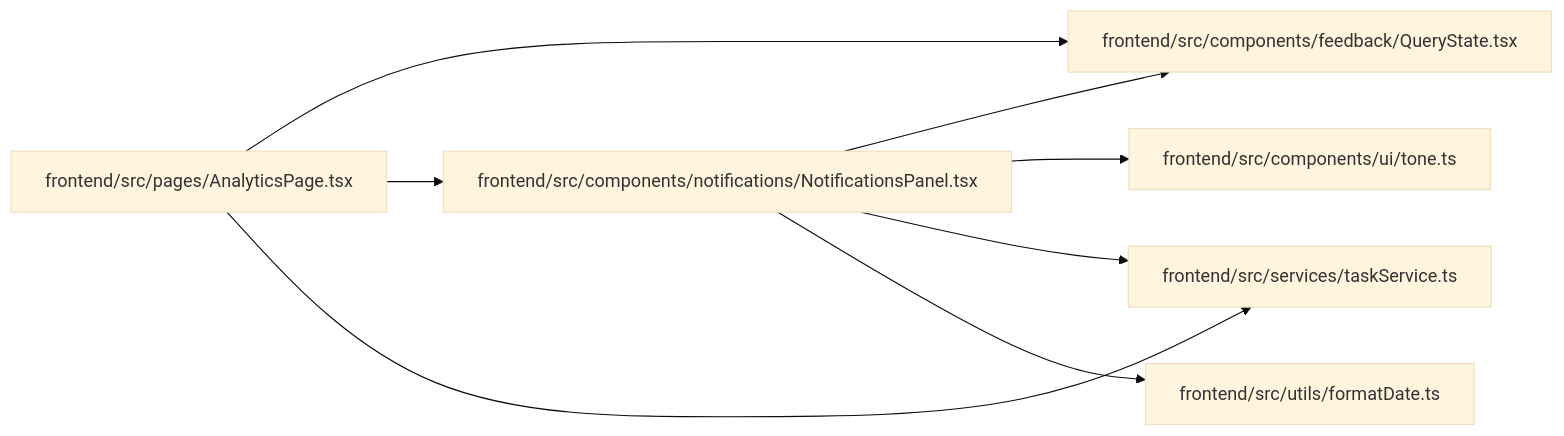
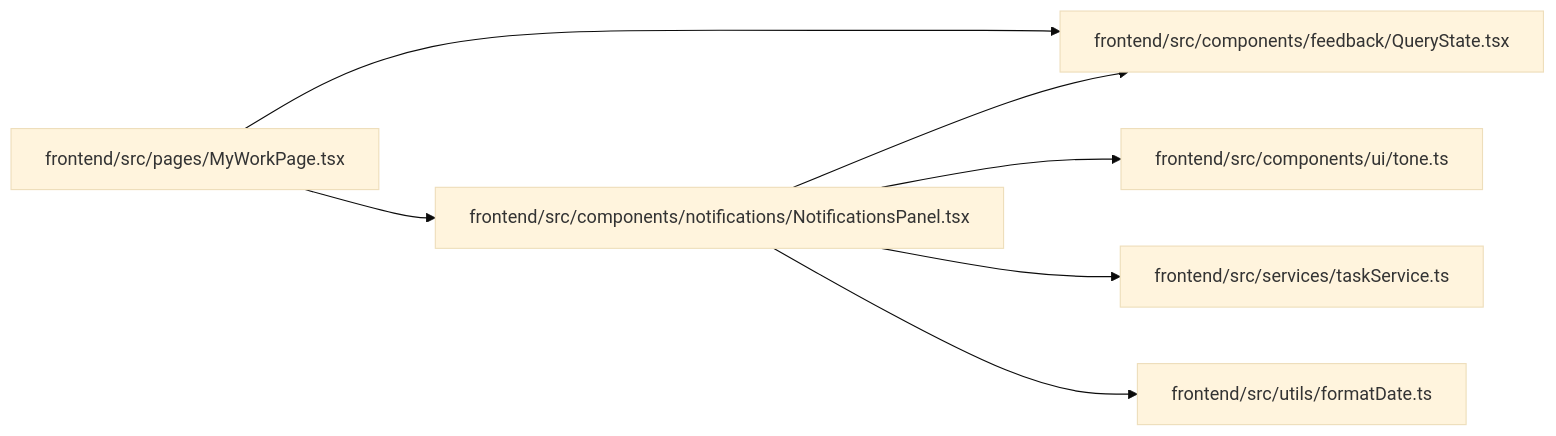
One commit to Denissvgn/WorkChord changed the diagram in docs/llm_wiki/modules/NotificationsPanel.md. Above: the diagram before and after it, drawn with Mermaid (base theme). The commit also changed other lines of this file and 392 other files, not shown here.

````diff
--- a/docs/llm_wiki/modules/NotificationsPanel.md
+++ b/docs/llm_wiki/modules/NotificationsPanel.md
@@ -34,22 +34,21 @@
 ```mermaid
 flowchart LR
     n0["frontend/src/components/feedback/QueryState.tsx"]
     n1["frontend/src/components/notifications/NotificationsPanel.tsx"]
     n2["frontend/src/components/ui/tone.ts"]
-    n3["frontend/src/pages/AnalyticsPage.tsx"]
+    n3["frontend/src/pages/MyWorkPage.tsx"]
     n4["frontend/src/services/taskService.ts"]
     n5["frontend/src/utils/formatDate.ts"]
     n1 --> n0
     n1 --> n2
     n1 --> n4
     n1 --> n5
     n3 --> n0
     n3 --> n1
-    n3 --> n4
     click n0 "../modules/QueryState.md"
     click n1 "../modules/NotificationsPanel.md"
     click n2 "../modules/tone.md"
-    click n3 "../modules/AnalyticsPage.md"
+    click n3 "../modules/MyWorkPage.md"
     click n4 "../modules/taskService.md"
     click n5 "../modules/formatDate.md"
 ```
````
